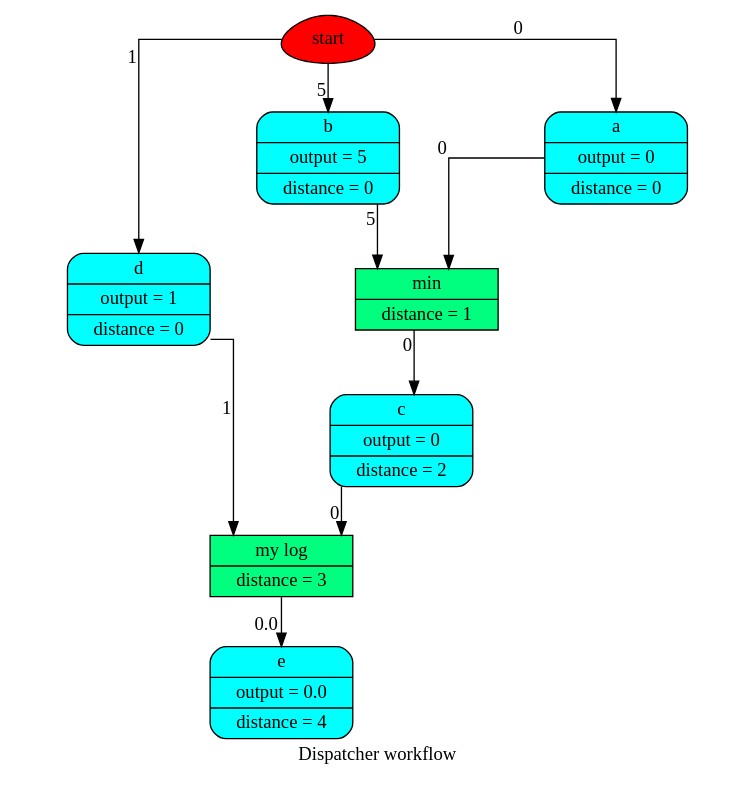
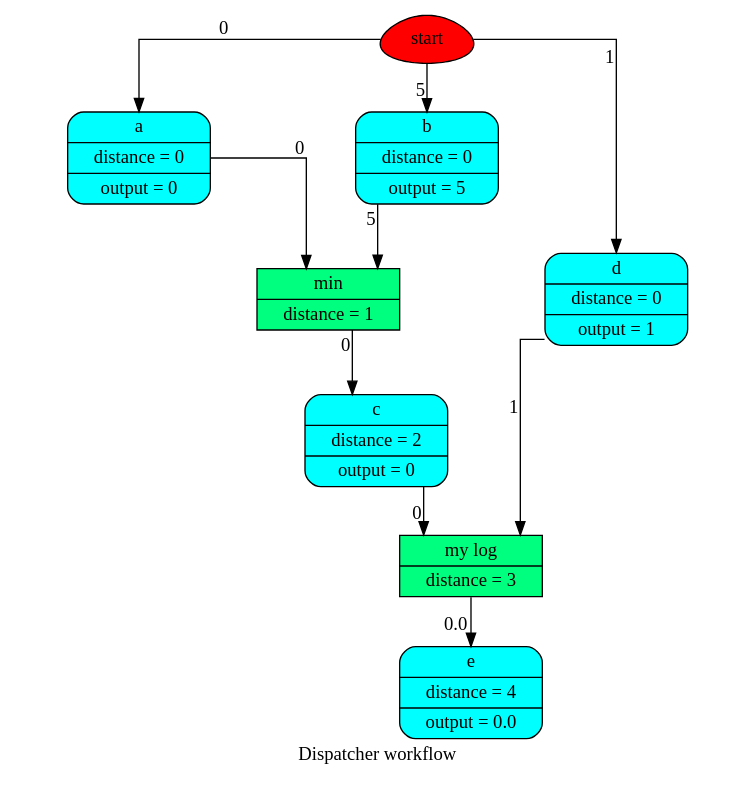
Before and after one commit to vinci1it2000/schedula: the diagram in doc/dispatcher/__init__/dispatch/wf1.dot, drawn with Graphviz. The commit also changed 27 other files, not shown here.

```diff
--- a/doc/dispatcher/__init__/dispatch/wf1.dot
+++ b/doc/dispatcher/__init__/dispatch/wf1.dot
@@ -1,23 +1,23 @@
 digraph Dispatcher {
 	graph [ratio=1]
 	node [style=filled]
 	label = "Dispatcher workflow"
 	splines = ortho
-		Dispatcher_78382088 [label=start fillcolor=red shape=egg]
-		Dispatcher_7064534807064601008 [label="{ min | distance = 1 }" fillcolor=springgreen shape=record]
-		Dispatcher_2454507358469954929 [label="{ d | output = 1 | distance = 0 }" fillcolor=cyan shape=Mrecord]
-		"Dispatcher_-623183564480841321" [label="{ e | output = 0.0 | distance = 4 }" fillcolor=cyan shape=Mrecord]
-		Dispatcher_6185816497042703556 [label="{ b | output = 5 | distance = 0 }" fillcolor=cyan shape=Mrecord]
-		"Dispatcher_-6053996528196385240" [label="{ c | output = 0 | distance = 2 }" fillcolor=cyan shape=Mrecord]
-		"Dispatcher_-4696413066832825702" [label="{ my log | distance = 3 }" fillcolor=springgreen shape=record]
-		Dispatcher_2203997267912285163 [label="{ a | output = 0 | distance = 0 }" fillcolor=cyan shape=Mrecord]
-			Dispatcher_7064534807064601008 -> "Dispatcher_-6053996528196385240" [xlabel=0]
-			Dispatcher_2454507358469954929 -> "Dispatcher_-4696413066832825702" [xlabel=1]
-			Dispatcher_6185816497042703556 -> Dispatcher_7064534807064601008 [xlabel=5]
-			"Dispatcher_-6053996528196385240" -> "Dispatcher_-4696413066832825702" [xlabel=0]
-			Dispatcher_78382088 -> Dispatcher_2454507358469954929 [xlabel=1]
-			Dispatcher_78382088 -> Dispatcher_2203997267912285163 [xlabel=0]
-			Dispatcher_78382088 -> Dispatcher_6185816497042703556 [xlabel=5]
-			"Dispatcher_-4696413066832825702" -> "Dispatcher_-623183564480841321" [xlabel=0.0]
-			Dispatcher_2203997267912285163 -> Dispatcher_7064534807064601008 [xlabel=0]
+		Dispatcher_4372619576 [label=start fillcolor=red shape=egg]
+		Dispatcher_483858525469303520 [label="{ a | distance = 0 | output = 0 }" fillcolor=cyan shape=Mrecord]
+		"Dispatcher_-2444876131868221513" [label="{ e | distance = 4 | output = 0.0 }" fillcolor=cyan shape=Mrecord]
+		"Dispatcher_-8490501165579404505" [label="{ b | distance = 0 | output = 5 }" fillcolor=cyan shape=Mrecord]
+		Dispatcher_6149185434875596330 [label="{ my log | distance = 3 }" fillcolor=springgreen shape=record]
+		"Dispatcher_-8615329045557719745" [label="{ min | distance = 1 }" fillcolor=springgreen shape=record]
+		Dispatcher_2483061293966101162 [label="{ c | distance = 2 | output = 0 }" fillcolor=cyan shape=Mrecord]
+		"Dispatcher_-4481680193965843537" [label="{ d | distance = 0 | output = 1 }" fillcolor=cyan shape=Mrecord]
+			Dispatcher_483858525469303520 -> "Dispatcher_-8615329045557719745" [xlabel=0]
+			"Dispatcher_-8490501165579404505" -> "Dispatcher_-8615329045557719745" [xlabel=5]
+			Dispatcher_4372619576 -> Dispatcher_483858525469303520 [xlabel=0]
+			Dispatcher_4372619576 -> "Dispatcher_-4481680193965843537" [xlabel=1]
+			Dispatcher_4372619576 -> "Dispatcher_-8490501165579404505" [xlabel=5]
+			Dispatcher_6149185434875596330 -> "Dispatcher_-2444876131868221513" [xlabel=0.0]
+			"Dispatcher_-8615329045557719745" -> Dispatcher_2483061293966101162 [xlabel=0]
+			Dispatcher_2483061293966101162 -> Dispatcher_6149185434875596330 [xlabel=0]
+			"Dispatcher_-4481680193965843537" -> Dispatcher_6149185434875596330 [xlabel=1]
 }
```
